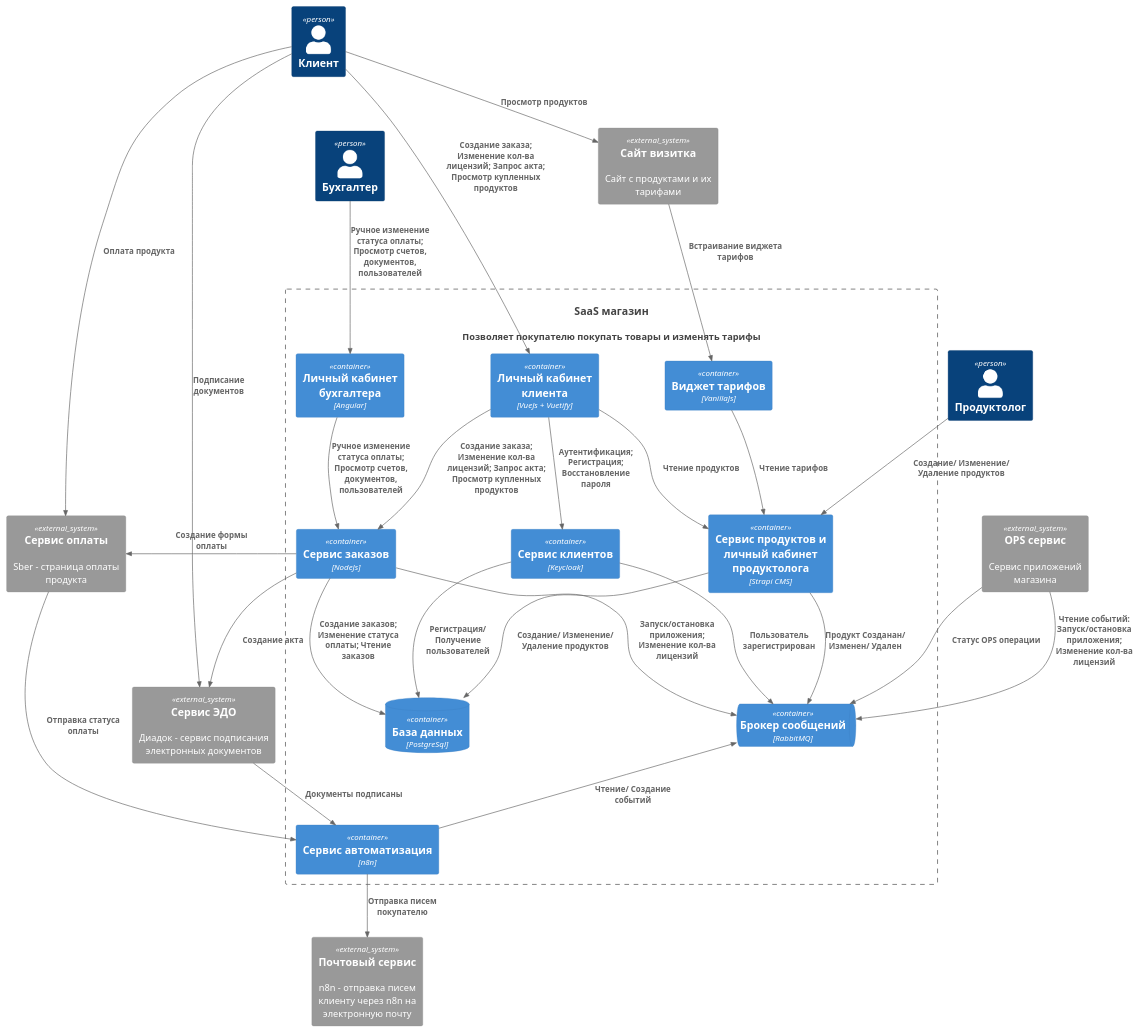
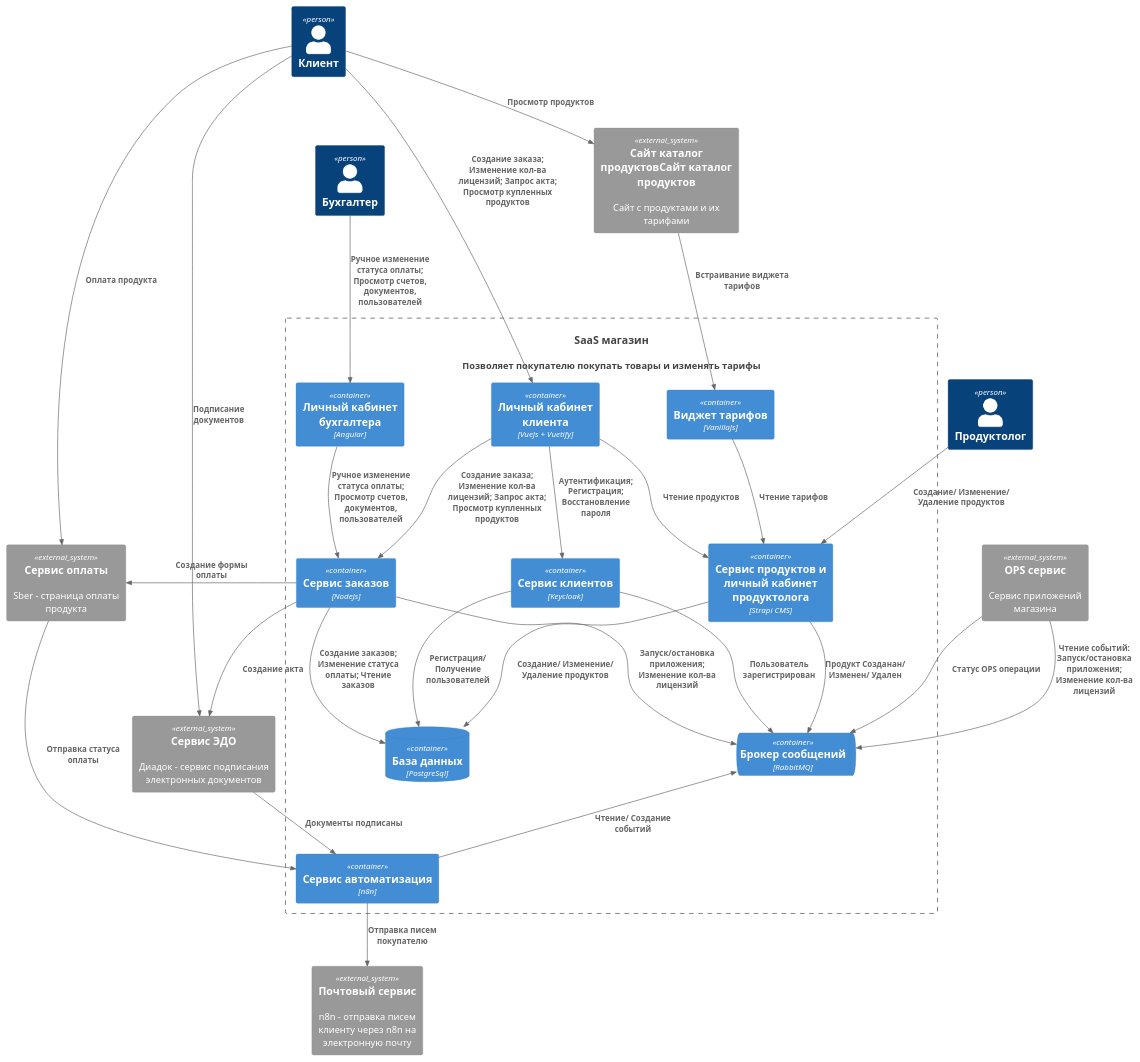
One commit to kelvionald/saas-shop changed the diagram in docs/c4/2.container-v3.puml. Above: the diagram before and after it, drawn with PlantUML. The commit also changed 1 other file, not shown here.

```diff
--- a/docs/c4/2.container-v3.puml
+++ b/docs/c4/2.container-v3.puml
@@ -1,67 +1,67 @@
 @startuml
 !include https://raw.githubusercontent.com/plantuml-stdlib/C4-PlantUML/master/C4_Container.puml
 
 Person(user_customer, "Клиент")
 Person(user_accountant, "Бухгалтер")
 Person(user_programmer, "Продуктолог")
 
 System(system_shop, "SaaS магазин", "Позволяет покупателю покупать товары и изменять тарифы")
 
 System_Ext(system_email, "Почтовый сервис", "n8n - отправка писем клиенту через n8n на электронную почту")
 System_Ext(system_bank, "Сервис оплаты", "Sber - страница оплаты продукта")
 System_Ext(system_docs, "Сервис ЭДО", "Диадок - сервис подписания электронных документов")
 System_Ext(system_ops, "OPS сервис", "Сервис приложений магазина")
-System_Ext(system_site, "Сайт визитка", "Сайт с продуктами и их тарифами")
+System_Ext(system_site, "Сайт каталог продуктовСайт каталог продуктов ", "Сайт с продуктами и их тарифами")
 
 System_Boundary(system_shop, "SaaS магазин") {
     ContainerQueue(system_queue, "Брокер сообщений", "RabbitMQ")
     Container(system_flow, "Сервис автоматизация", "n8n")
 
     Container(system_admin, "Сервис продуктов и личный кабинет продуктолога", "Strapi CMS")
     Container(system_sign, "Сервис клиентов", "Keycloak")
     Container(system_billing, "Сервис заказов", "NodeJs")
     
     Container(system_account_front, "Личный кабинет\n клиента", "VueJs + Vuetify")
     Container(container_widget, "Виджет тарифов", "VanillaJs")
     Container(container_accountant_admin, "Личный кабинет бухгалтера", "Angular")
     
     ContainerDb(container_db, "База данных", "PostgreSql")
 }
 
 Rel(system_site, container_widget, "Встраивание виджета тарифов")
 Rel(container_widget, system_admin, "Чтение тарифов")
 
 Rel(user_accountant, container_accountant_admin, "Ручное изменение статуса оплаты; Просмотр счетов, документов, пользователей")
 Rel(container_accountant_admin, system_billing, "Ручное изменение статуса оплаты; Просмотр счетов, документов, пользователей")
 
 Rel(user_programmer, system_admin, "Создание/ Изменение/ Удаление продуктов")
 
 Rel(system_admin, container_db, "Создание/ Изменение/ Удаление продуктов")
 Rel(system_sign, container_db, "Регистрация/ Получение пользователей")
 Rel(system_billing, container_db, "Создание заказов; Изменение статуса оплаты; Чтение заказов")
 
 Rel(system_account_front, system_admin, "Чтение продуктов")
 Rel(system_account_front, system_billing, "Создание заказа; Изменение кол-ва лицензий; Запрос акта; Просмотр купленных продуктов")
 Rel(user_customer, system_account_front, "Создание заказа; Изменение кол-ва лицензий; Запрос акта; Просмотр купленных продуктов")
 Rel(user_customer, system_site, "Просмотр продуктов")
 Rel(system_account_front, system_sign, "Аутентификация; Регистрация; Восстановление пароля")
 
 Rel(user_customer, system_bank, "Оплата продукта")
 Rel(user_customer, system_docs, "Подписание документов")
 Rel_L(system_billing, system_bank, "Создание формы оплаты")
 Rel(system_bank, system_flow, "Отправка статуса оплаты")
 
 Rel(system_flow, system_email, "Отправка писем покупателю")
 
 Rel(system_billing, system_docs, "Создание акта")
 
 Rel_U(system_flow, system_queue, "Чтение/ Создание событий")
 Rel(system_admin, system_queue, "Продукт Созданан/ Изменен/ Удален")
 Rel(system_sign, system_queue, "Пользователь зарегистрирован")
 Rel(system_billing, system_queue, "Запуск/остановка приложения; Изменение кол-ва лицензий")
 Rel(system_ops, system_queue, "Статус OPS операции")
 Rel(system_ops, system_queue, "Чтение событий: Запуск/остановка приложения; Изменение кол-ва лицензий")
 
 Rel(system_docs, system_flow, "Документы подписаны")
 
 @enduml
```
